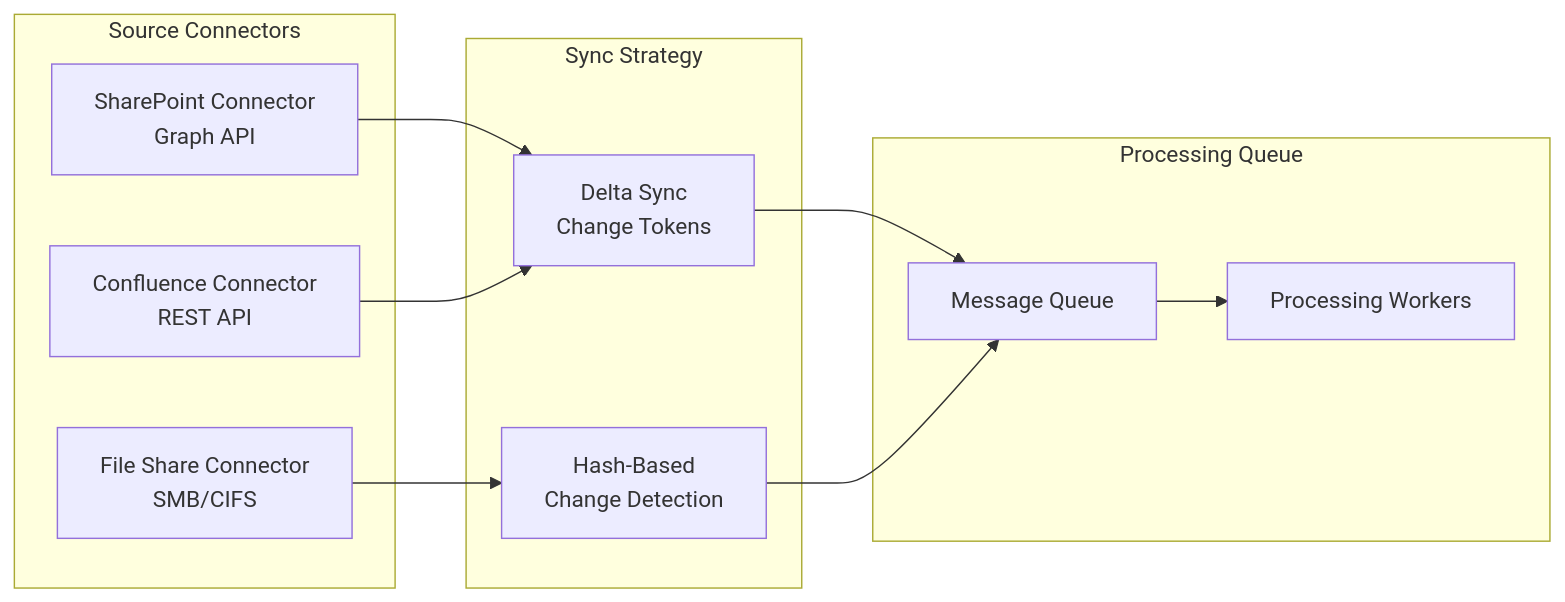
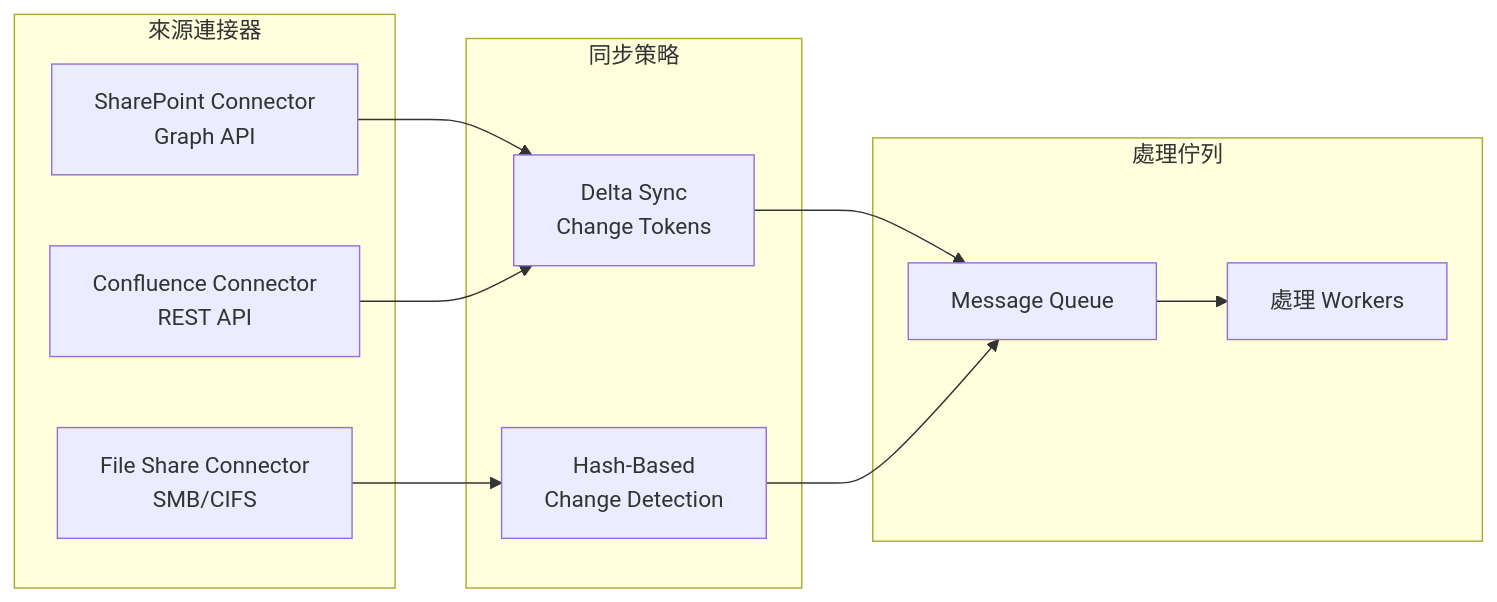
One commit to SidStraw/ai-system-design-guide changed the second of 2 diagrams in 16-case-studies/15-knowledge-management.md. Above: the diagram before and after it, drawn with Mermaid. The commit also changed other lines of this file and 83 other files, not shown here.

````diff
--- a/16-case-studies/15-knowledge-management.md
+++ b/16-case-studies/15-knowledge-management.md
@@ -127,20 +136,20 @@
 ```mermaid
 flowchart LR
-    subgraph Connectors["Source Connectors"]
+    subgraph Connectors["來源連接器"]
         C1[SharePoint Connector<br/>Graph API]
         C2[Confluence Connector<br/>REST API]
         C3[File Share Connector<br/>SMB/CIFS]
     end
 
-    subgraph Sync["Sync Strategy"]
+    subgraph Sync["同步策略"]
         C1 --> DELTA[Delta Sync<br/>Change Tokens]
         C2 --> DELTA
         C3 --> HASH[Hash-Based<br/>Change Detection]
     end
 
-    subgraph Queue["Processing Queue"]
+    subgraph Queue["處理佇列"]
         DELTA --> Q[Message Queue]
         HASH --> Q
-        Q --> WORKER[Processing Workers]
+        Q --> WORKER[處理 Workers]
     end
 ```
````
